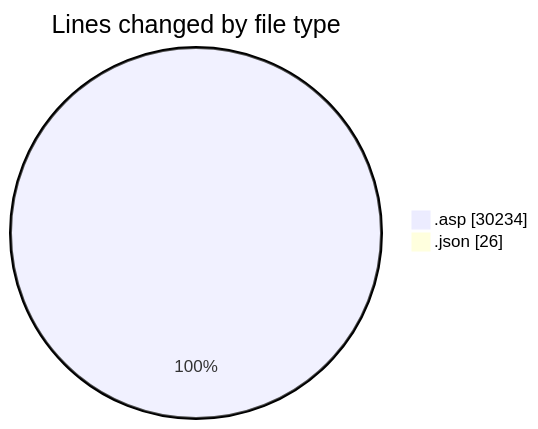
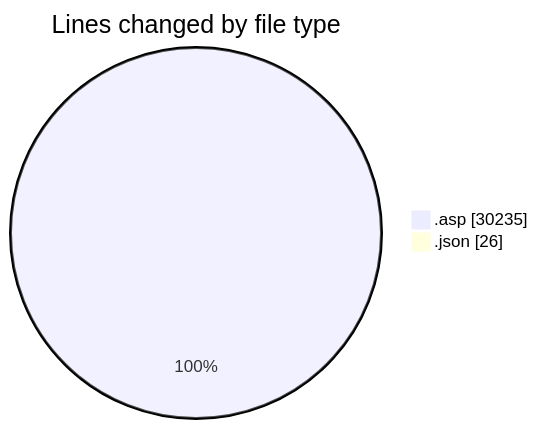
The first of 2 diagrams in 2025-11-27/cdp_aleoudev_fr__workspace_/README.md (julien-gomy/code-tracking), drawn with Mermaid before and after one commit. The commit also changed other lines of this file and 1 other file, not shown here.

````diff
--- a/2025-11-27/cdp_aleoudev_fr__workspace_/README.md
+++ b/2025-11-27/cdp_aleoudev_fr__workspace_/README.md
@@ -44,6 +44,6 @@
 ```mermaid
 pie showData
 title Lines changed by file type
-".asp" : 30234
+".asp" : 30235
 ".json" : 26
 ```
````
